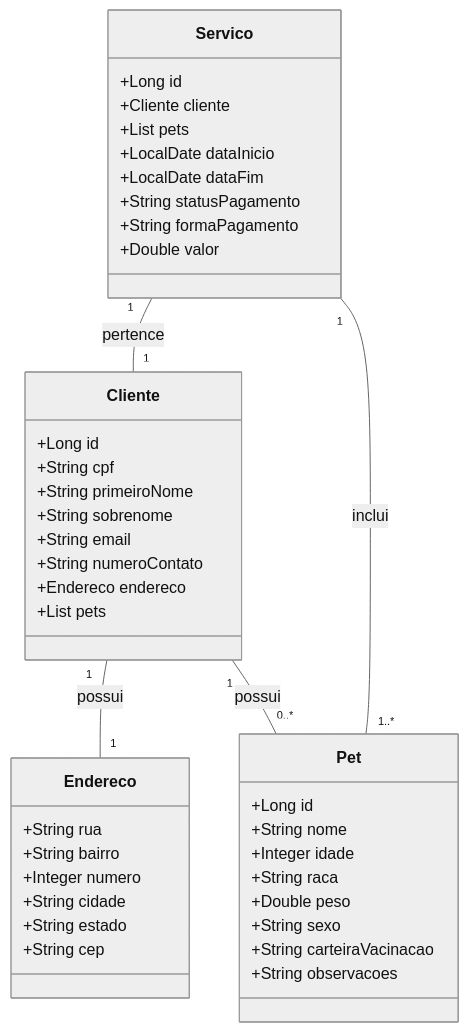
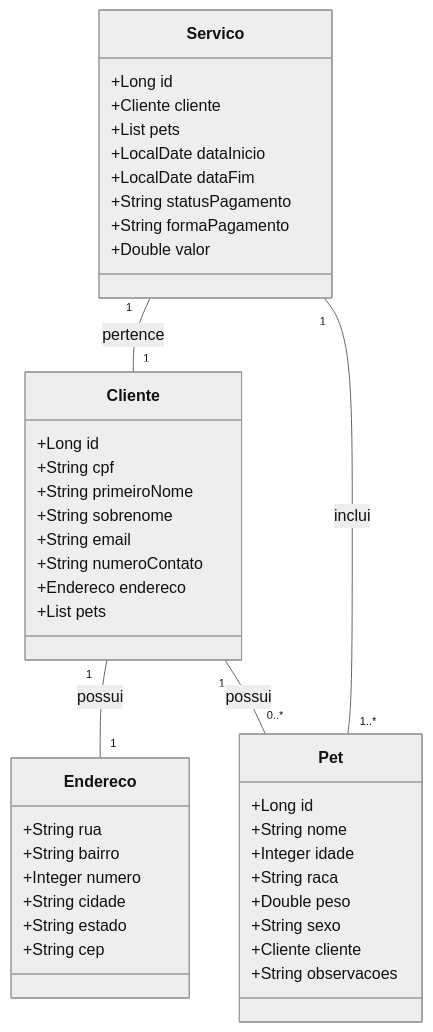
One commit to lucascalado0/minha-api-gestao changed the diagram in README.md. Above: the diagram before and after it, drawn with Mermaid (neutral theme).

````diff
--- a/README.md
+++ b/README.md
@@ -6,51 +6,51 @@
 ```mermaid
 classDiagram
     class Cliente {
         +Long id
         +String cpf
         +String primeiroNome
         +String sobrenome
         +String email
         +String numeroContato
         +Endereco endereco
         +List<Pet> pets
     }
 
     class Endereco {
         +String rua
         +String bairro
         +Integer numero
         +String cidade
         +String estado
         +String cep
     }
 
     class Pet {
         +Long id
         +String nome
         +Integer idade
         +String raca
         +Double peso
         +String sexo
-        +String carteiraVacinacao
+        +Cliente cliente
         +String observacoes
     }
 
     class Servico {
         +Long id
         +Cliente cliente
         +List<Pet> pets
         +LocalDate dataInicio
         +LocalDate dataFim
         +String statusPagamento
         +String formaPagamento
         +Double valor
     }
 
     Cliente "1" -- "1" Endereco : possui
     Cliente "1" -- "0..*" Pet : possui
     Servico "1" -- "1" Cliente : pertence
     Servico "1" -- "1..*" Pet : inclui
 
 
 ```
````
